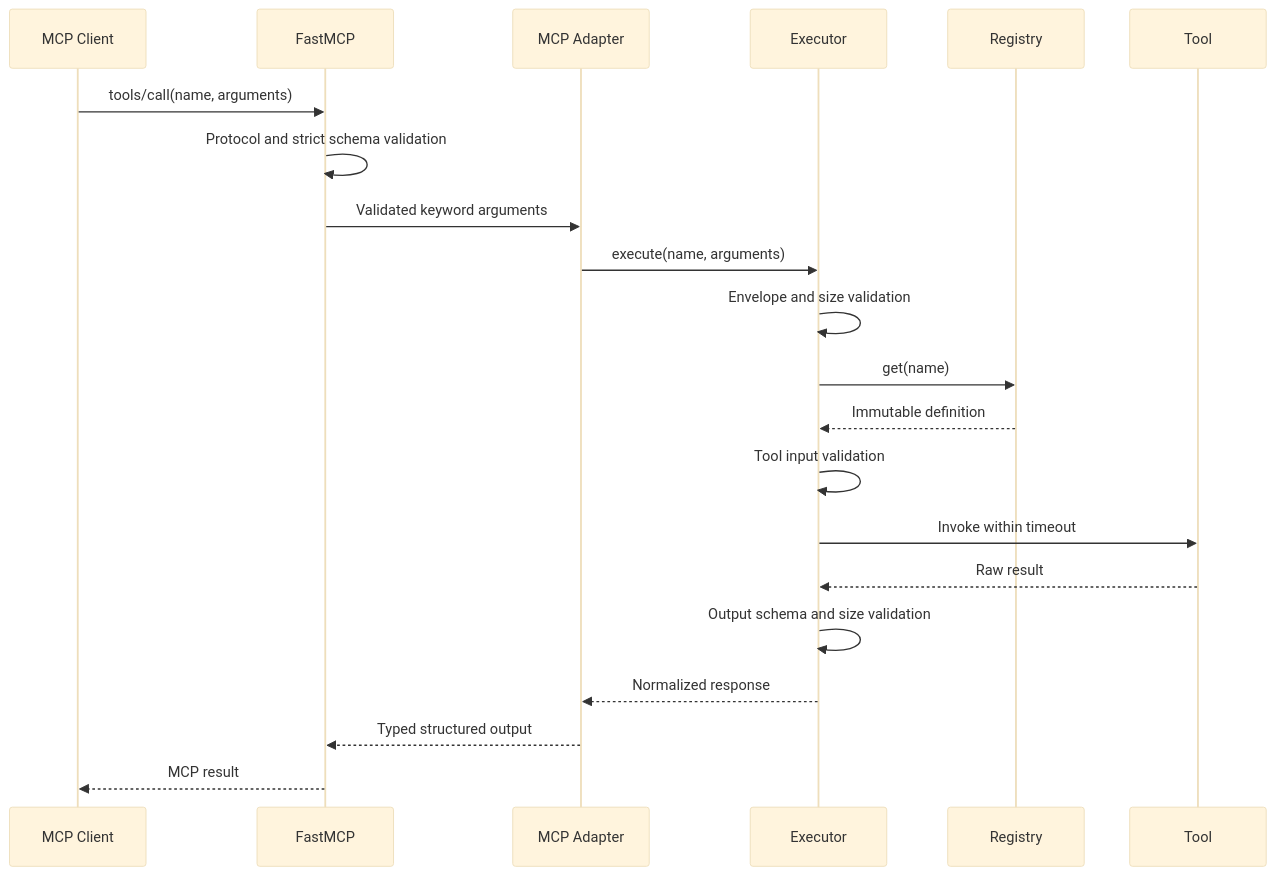
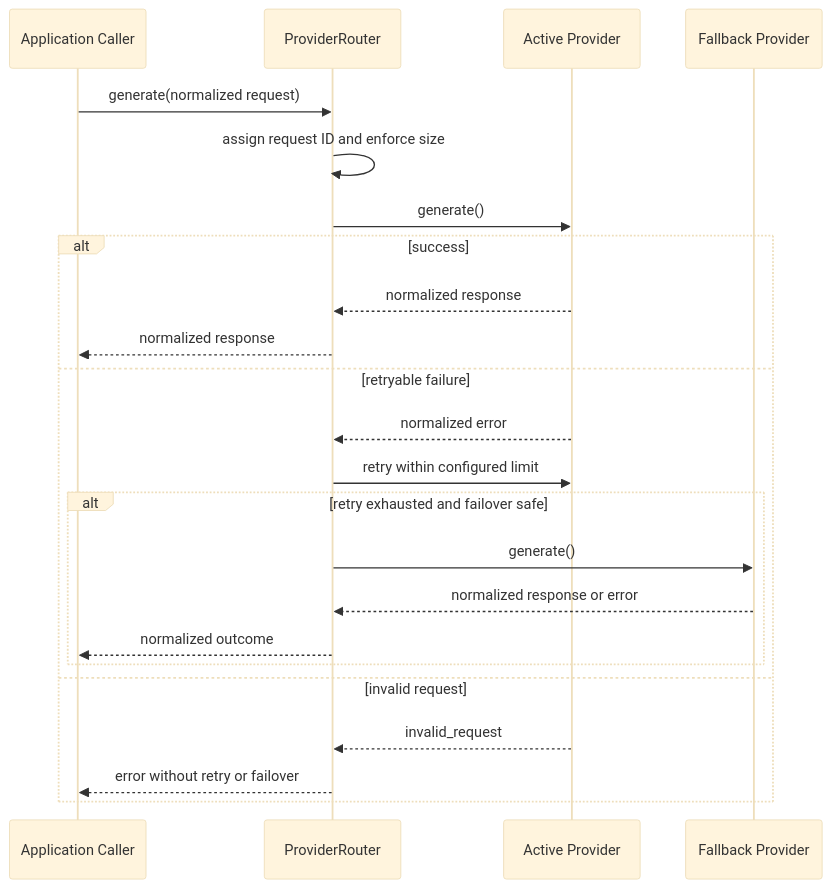
The second of 2 diagrams in ARCHITECTURE.md (LeelaissakAttota/ToolBridge-MCP-Server), drawn with Mermaid (base theme) before and after one commit. The commit also changed other lines of this file and 30 other files, not shown here.

Commit message:
feat(providers): complete Phase 3 LLM provider router

````diff
--- a/ARCHITECTURE.md
+++ b/ARCHITECTURE.md
@@ -56,24 +88,26 @@
 ```mermaid
 sequenceDiagram
-    participant C as MCP Client
-    participant M as FastMCP
-    participant A as MCP Adapter
-    participant E as Executor
-    participant R as Registry
-    participant T as Tool
+    participant C as Application Caller
+    participant R as ProviderRouter
+    participant P as Active Provider
+    participant F as Fallback Provider
 
-    C->>M: tools/call(name, arguments)
-    M->>M: Protocol and strict schema validation
-    M->>A: Validated keyword arguments
-    A->>E: execute(name, arguments)
-    E->>E: Envelope and size validation
-    E->>R: get(name)
-    R-->>E: Immutable definition
-    E->>E: Tool input validation
-    E->>T: Invoke within timeout
-    T-->>E: Raw result
-    E->>E: Output schema and size validation
-    E-->>A: Normalized response
-    A-->>M: Typed structured output
-    M-->>C: MCP result
+    C->>R: generate(normalized request)
+    R->>R: assign request ID and enforce size
+    R->>P: generate()
+    alt success
+        P-->>R: normalized response
+        R-->>C: normalized response
+    else retryable failure
+        P-->>R: normalized error
+        R->>P: retry within configured limit
+        alt retry exhausted and failover safe
+            R->>F: generate()
+            F-->>R: normalized response or error
+            R-->>C: normalized outcome
+        end
+    else invalid request
+        P-->>R: invalid_request
+        R-->>C: error without retry or failover
+    end
 ```
````
